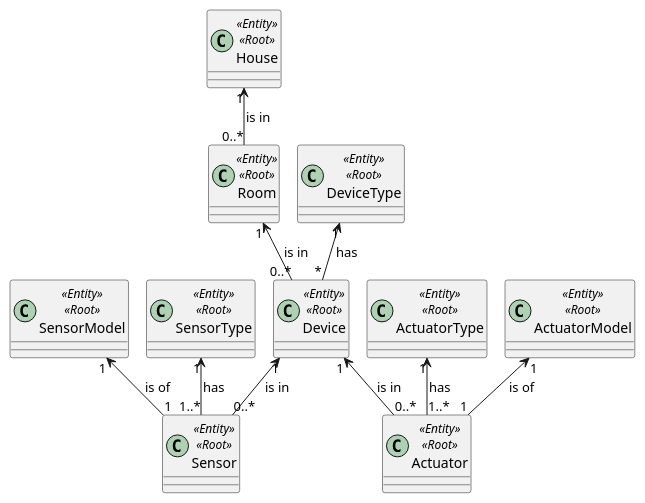
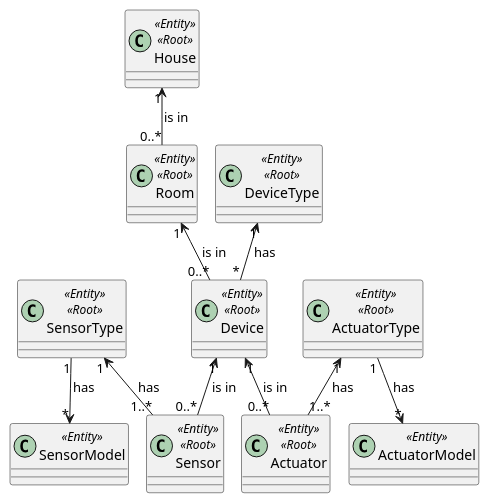
Before and after one commit to olivDiogo/SmartHome: the diagram in docs/ooa/domainEntity.puml, drawn with PlantUML.

Commit message:
#61 domainEntity.puml edited, sensorType has sensor models

```diff
--- a/docs/ooa/domainEntity.puml
+++ b/docs/ooa/domainEntity.puml
@@ -1,25 +1,25 @@
 @startuml
 !pragma layout smetana
 
 class House<<Entity>><<Root>>{}
 class Room<<Entity>><<Root>>{}
 class Device<<Entity>><<Root>>{}
 class DeviceType<<Entity>><<Root>>{}
 class Sensor<<Entity>><<Root>>{}
 class Actuator<<Entity>><<Root>>{}
 class ActuatorType<<Entity>><<Root>>{}
-class ActuatorModel<<Entity>><<Root>>{}
+class ActuatorModel<<Entity>>{}
 class SensorType<<Entity>><<Root>>{}
-class SensorModel<<Entity>><<Root>>{}
+class SensorModel<<Entity>>{}
 
 House "1" <-- "0..*" Room : is in >
 Room "1" <-- "0..*" Device : is in >
 DeviceType "1" <-- "*" Device : has >
 Device "1" <-- "0..*" Sensor : is in >
 Device "1" <-- "0..*" Actuator : is in >
 SensorType "1" <-- "1..*" Sensor : has >
-SensorModel "1" <-- "1" Sensor : is of >
+SensorType "1" --> "*" SensorModel : has >
 ActuatorType "1" <-- "1..*" Actuator : has >
-ActuatorModel "1" <-- "1" Actuator : is of >
+ActuatorType "1" --> "*" ActuatorModel : has  >
 
 @enduml
```
